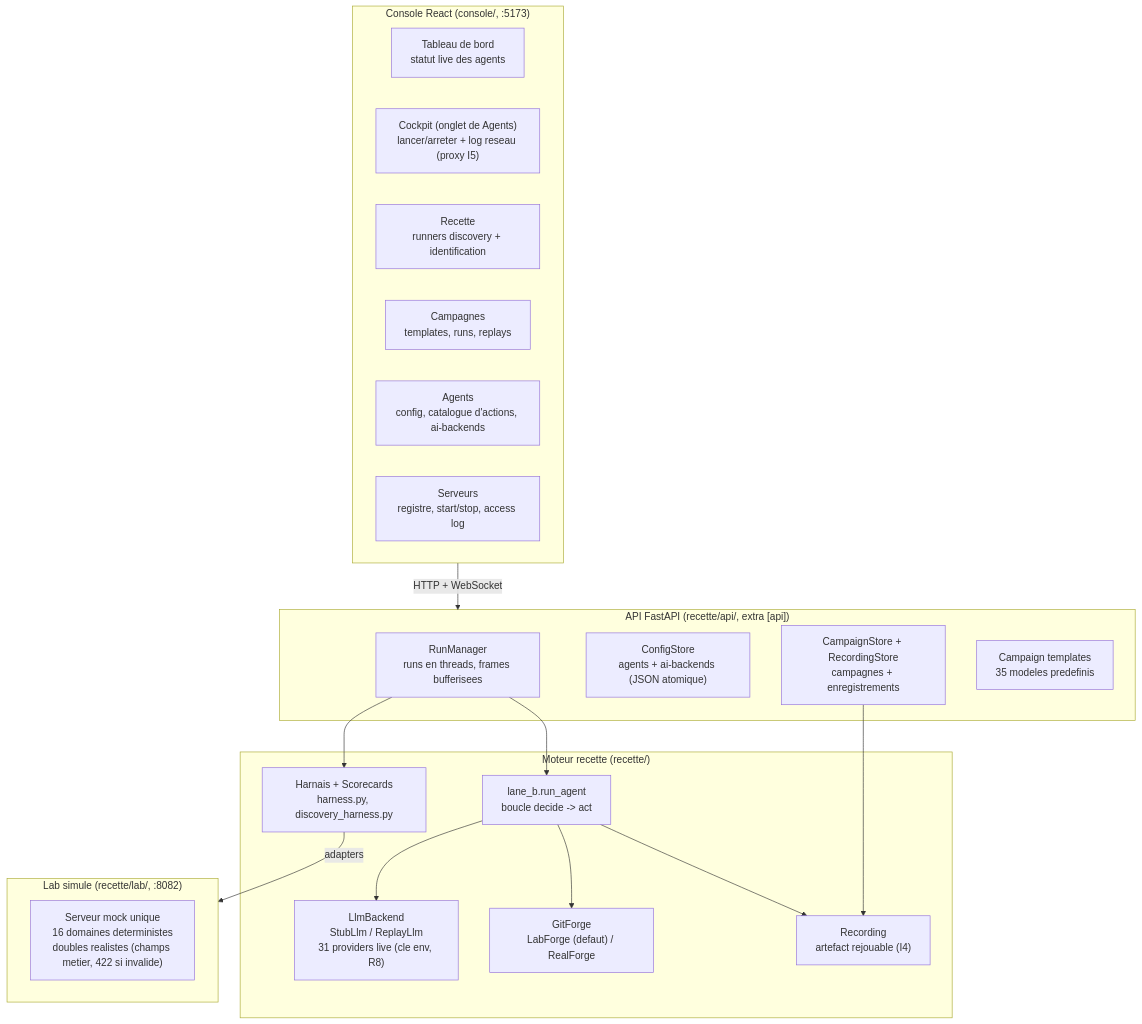
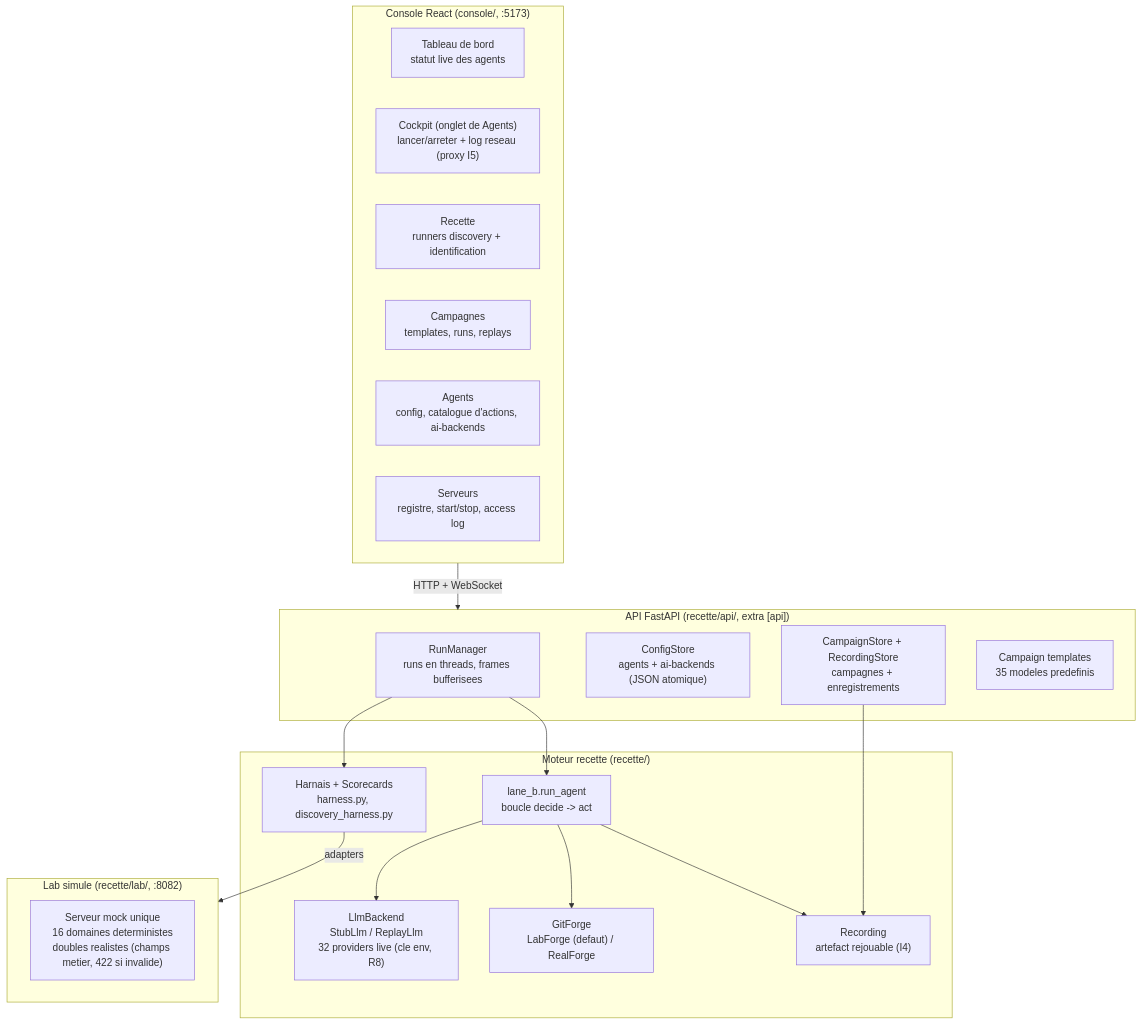
The second of 12 diagrams in docs/ARCHITECTURE.md (mo0ogly/recette_IA_agents), drawn with Mermaid before and after one commit. The commit also changed 5 other files, not shown here.

First line of the commit message:
fix(llm,recette): empty-tools wire + stale diagram counts + provider_host test

````diff
--- a/docs/ARCHITECTURE.md
+++ b/docs/ARCHITECTURE.md
@@ -74,39 +74,39 @@
 ```mermaid
 flowchart TB
   subgraph CONSOLE["Console React (console/, :5173)"]
     DASH["Tableau de bord<br/>statut live des agents"]
     COCK["Cockpit (onglet de Agents)<br/>lancer/arreter + log reseau (proxy I5)"]
     RUNTAB["Recette<br/>runners discovery + identification"]
     CAMP["Campagnes<br/>templates, runs, replays"]
     AGENTS["Agents<br/>config, catalogue d'actions, ai-backends"]
     SRVTAB["Serveurs<br/>registre, start/stop, access log"]
   end
 
   subgraph API["API FastAPI (recette/api/, extra [api])"]
     RM["RunManager<br/>runs en threads, frames bufferisees"]
     CFG["ConfigStore<br/>agents + ai-backends (JSON atomique)"]
     CSTORE["CampaignStore + RecordingStore<br/>campagnes + enregistrements"]
     TPL["Campaign templates<br/>35 modeles predefinis"]
   end
 
   subgraph ENGINE["Moteur recette (recette/)"]
     LANEB["lane_b.run_agent<br/>boucle decide -> act"]
-    LLM["LlmBackend<br/>StubLlm / ReplayLlm<br/>31 providers live (cle env, R8)"]
+    LLM["LlmBackend<br/>StubLlm / ReplayLlm<br/>32 providers live (cle env, R8)"]
     FORGE["GitForge<br/>LabForge (defaut) / RealForge"]
     REC["Recording<br/>artefact rejouable (I4)"]
     HARN["Harnais + Scorecards<br/>harness.py, discovery_harness.py"]
   end
 
   subgraph LAB["Lab simule (recette/lab/, :8082)"]
     MOCK["Serveur mock unique<br/>16 domaines deterministes<br/>doubles realistes (champs metier, 422 si invalide)"]
   end
 
   CONSOLE -->|"HTTP + WebSocket"| API
   RM --> LANEB
   LANEB --> LLM
   LANEB --> FORGE
   LANEB --> REC
   RM --> HARN
   HARN -->|"adapters"| LAB
   CSTORE --> REC
 ```
````
